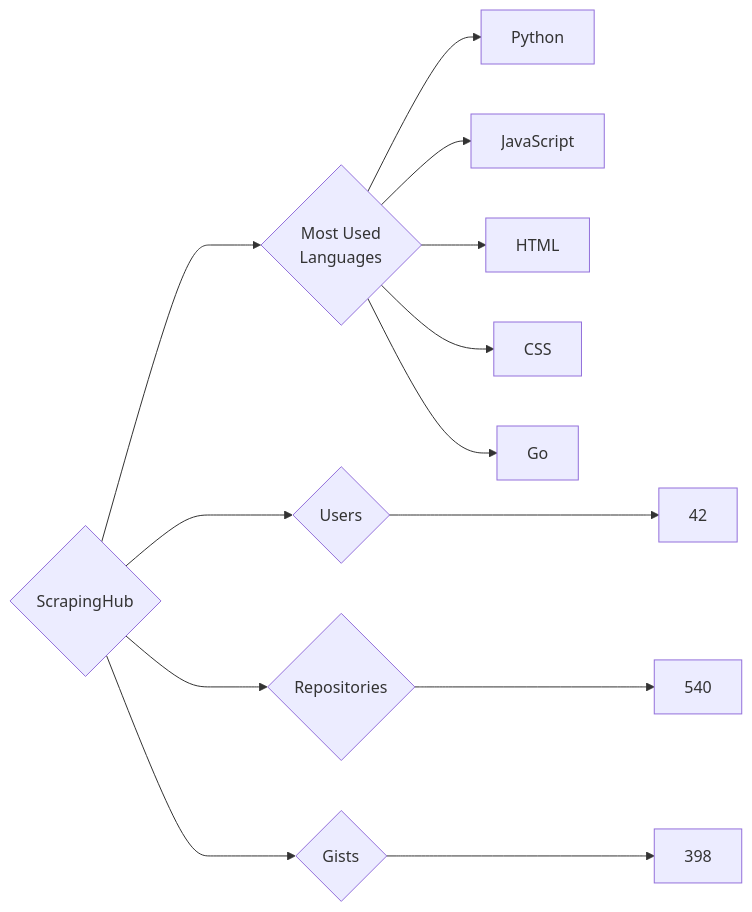
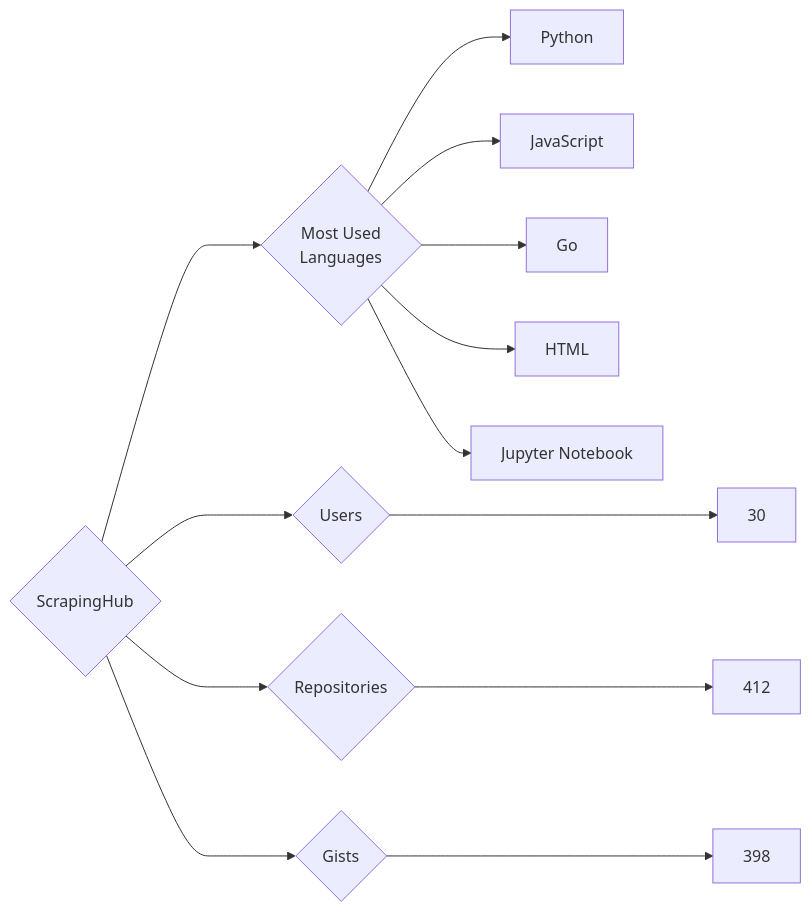
Before and after one commit to trickest/insiders: the diagram in targets/ScrapingHub/README.md, drawn with Mermaid. The commit also changed 823 other files, not shown here.

````diff
--- a/targets/ScrapingHub/README.md
+++ b/targets/ScrapingHub/README.md
@@ -3,13 +3,13 @@
 ```mermaid
 graph LR
 COMPANY_NAME{ScrapingHub}
-COMPANY_NAME ---> U{Users} ---> UN[42]
-COMPANY_NAME ---> R{Repositories} ---> RN[540]
+COMPANY_NAME ---> U{Users} ---> UN[30]
+COMPANY_NAME ---> R{Repositories} ---> RN[412]
 COMPANY_NAME ---> G{Gists} ---> GN[398]
 COMPANY_NAME ---> ML{Most Used<br>Languages}
 ML --> Python[Python]
 ML --> JavaScript[JavaScript]
+ML --> Go[Go]
 ML --> HTML[HTML]
-ML --> CSS[CSS]
-ML --> Go[Go]
+ML --> Jupyter_Notebook[Jupyter Notebook]
 ```
````
